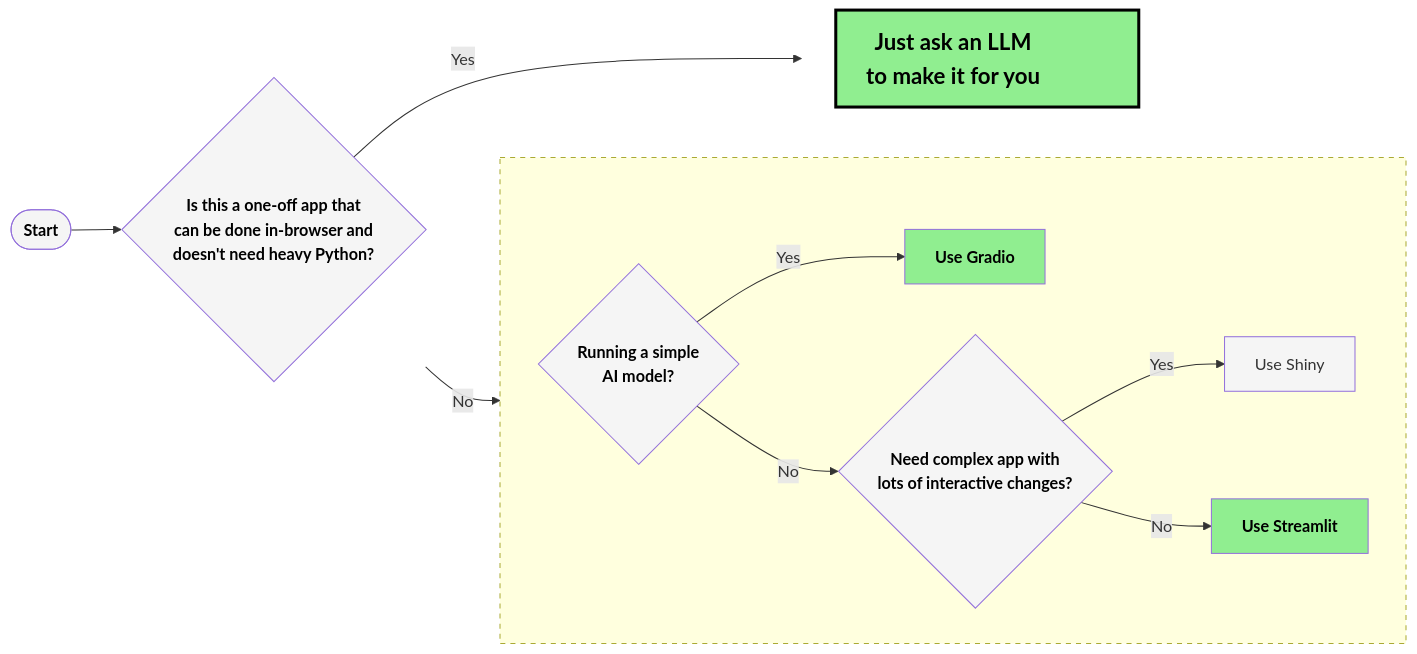
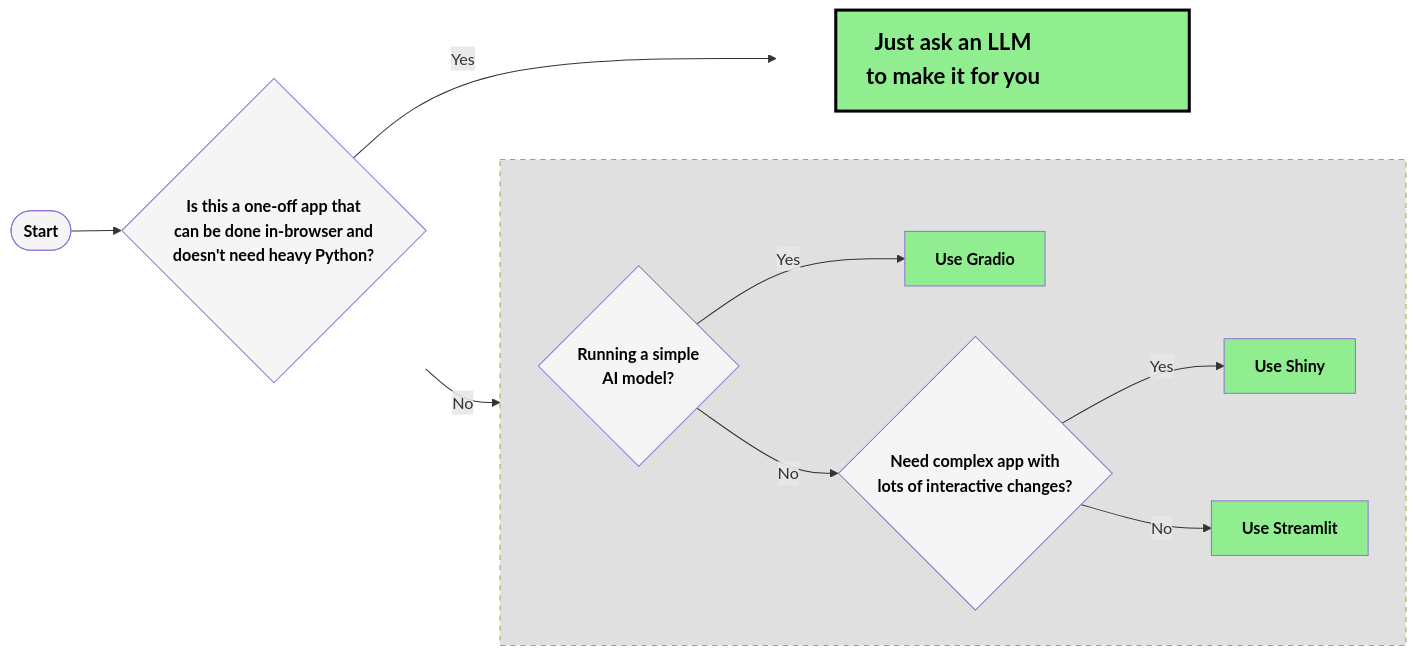
One commit to AlanFeder/rgov-2024 changed the second of 2 diagrams in d1_presentation/talk_v1.qmd. Above: the diagram before and after it, drawn with Mermaid. The commit also changed other lines of this file and 3 other files, not shown here.

````diff
--- a/d1_presentation/talk_v1.qmd
+++ b/d1_presentation/talk_v1.qmd
@@ -396,31 +398,32 @@
 ```{mermaid}
 %%{init: {'theme': 'default', 'themeVariables': { 'fontSize': '16px', 'fontFamily': 'arial', 'nodeTextColor': '#000000', 'mainBkg': '#f5f5f5' }}}%%
 flowchart LR
 
     A([Start])
     X{Is this a one-off app that<br>can be done in-browser and<br>doesn't need heavy Python?}
     Y[Just ask an LLM<br>to make it for you]
     
     A --> X
     X -->|Yes| Y
     X -->|No| B
-        subgraph Python-Frameworks[" "]
+    subgraph Python-Frameworks[" "]
         direction LR
         B{Running a simple<br>AI model?}
         B -->|Yes| C[Use Gradio]
         B -->|No| F{Need complex app with<br>lots of interactive changes?}
         F -->|Yes| E[Use Shiny]
         F -->|No| H[Use Streamlit]
     end
 
     style C fill:#90EE90,color:#000000,font-weight:bold
     style H fill:#90EE90,color:#000000,font-weight:bold
-    style Y fill:#90EE90,color:#000000,font-weight:bold,font-size:22px,stroke:#000000,stroke-width:3px,width:300px
+    style E fill:#90EE90,color:#000000,font-weight:bold
+    style Y fill:#90EE90,color:#000000,font-weight:bold,font-size:22px,stroke:#000000,stroke-width:3px,width:350px,height:100px
     style B fill:#f5f5f5,color:#000000,font-weight:bold
     style F fill:#f5f5f5,color:#000000,font-weight:bold
     style A fill:#f5f5f5,color:#000000,font-weight:bold,fontSize:20px
     style X fill:#f5f5f5,color:#000000,font-weight:bold
     
-    style Python-Frameworks stroke-dasharray: 5 5
+    style Python-Frameworks fill:#e0e0e0,stroke-dasharray: 5 5
 
 ```
````
